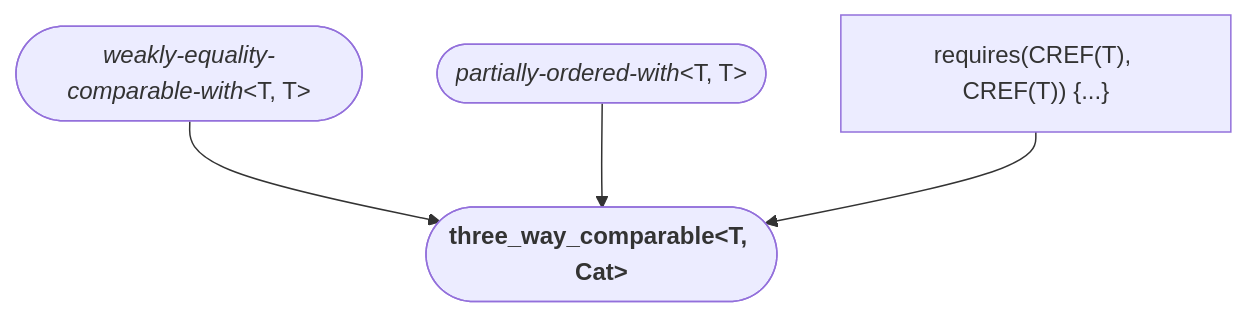
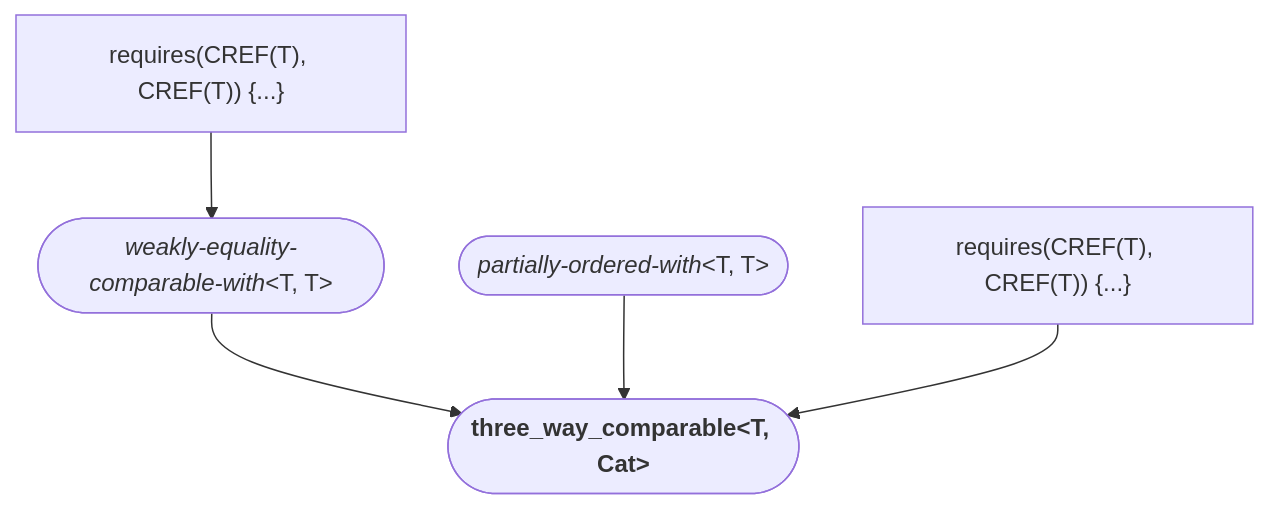
Diagram 26 of 27 in README.md (yohhoy/cpp-concepts), drawn with Mermaid before and after one commit. The commit also changed other lines of this file, not shown here.

Commit message:
expand weakly-equality-comparable-with

````diff
--- a/README.md
+++ b/README.md
@@ -312,7 +310,9 @@
 ```mermaid
 graph TD
+    %% std::weakly-equality-comparable-with<T, T>
+    AC1["requires(CREF(T), CREF(T)) {...}"] --> weakly-equality-comparable-with(["<i>weakly-equality-comparable-with</i>&lt;T, T&gt;"]);
     %% std::three_way_comparable<T, Cat>
-    weakly-equality-comparable-with(["<i>weakly-equality-comparable-with</i>&lt;T, T&gt;"]) --> three_way_comparable(["<b>three_way_comparable&lt;T, Cat&gt;</b>"])
+    weakly-equality-comparable-with --> three_way_comparable(["<b>three_way_comparable&lt;T, Cat&gt;</b>"])
     partially-ordered-with(["<i>partially-ordered-with</i>&lt;T, T&gt;"]) --> three_way_comparable
-    AC["requires(CREF(T), CREF(T)) {...}"] --> three_way_comparable
+    AC2["requires(CREF(T), CREF(T)) {...}"] --> three_way_comparable
 ```
````
